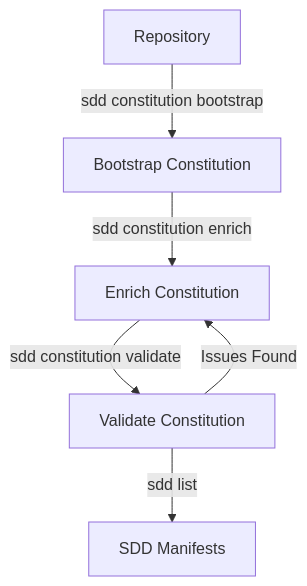
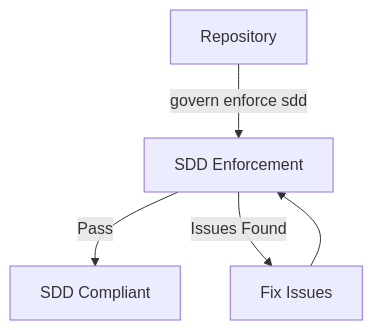
Diagram 11 of 11 in docs/guides/command-chains.md (nold-ai/specfact-cli), drawn with Mermaid before and after one commit. The commit also changed other lines of this file and 58 other files, not shown here.

````diff
--- a/docs/guides/command-chains.md
+++ b/docs/guides/command-chains.md
@@ -670,8 +651,7 @@
 ```mermaid
 graph TD
-    A[Repository] -->|sdd constitution bootstrap| B[Bootstrap Constitution]
-    B -->|sdd constitution enrich| C[Enrich Constitution]
-    C -->|sdd constitution validate| D[Validate Constitution]
-    D -->|sdd list| E[SDD Manifests]
-    D -->|Issues Found| C
+    A[Repository] -->|govern enforce sdd| B[SDD Enforcement]
+    B -->|Pass| C[SDD Compliant]
+    B -->|Issues Found| D[Fix Issues]
+    D --> B
 ```
````
